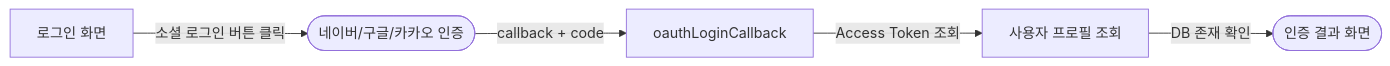
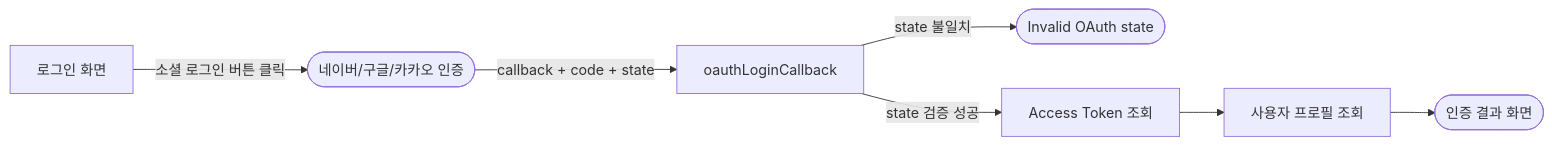
Before and after one commit to eGovFramework/egovframe-docs: the diagram in common-component/elementary-technology/social_login_naver_google_kakao.md, drawn with Mermaid. The commit also changed other lines of this file, not shown here.

First line of the commit message:
docs: 소셜 로그인 가이드를 현재 OAuth 구현에 맞게 정정

````diff
--- a/common-component/elementary-technology/social_login_naver_google_kakao.md
+++ b/common-component/elementary-technology/social_login_naver_google_kakao.md
@@ -22,7 +24,9 @@
 ```mermaid
 flowchart LR
     L[로그인 화면] -->|소셜 로그인 버튼 클릭| A([네이버/구글/카카오 인증])
-    A -->|callback + code| C[oauthLoginCallback]
-    C -->|Access Token 조회| P[사용자 프로필 조회]
-    P -->|DB 존재 확인| R([인증 결과 화면])
+    A -->|callback + code + state| C[oauthLoginCallback]
+    C -->|state 불일치| F([Invalid OAuth state])
+    C -->|state 검증 성공| T[Access Token 조회]
+    T --> P[사용자 프로필 조회]
+    P --> R([인증 결과 화면])
 ```
````
